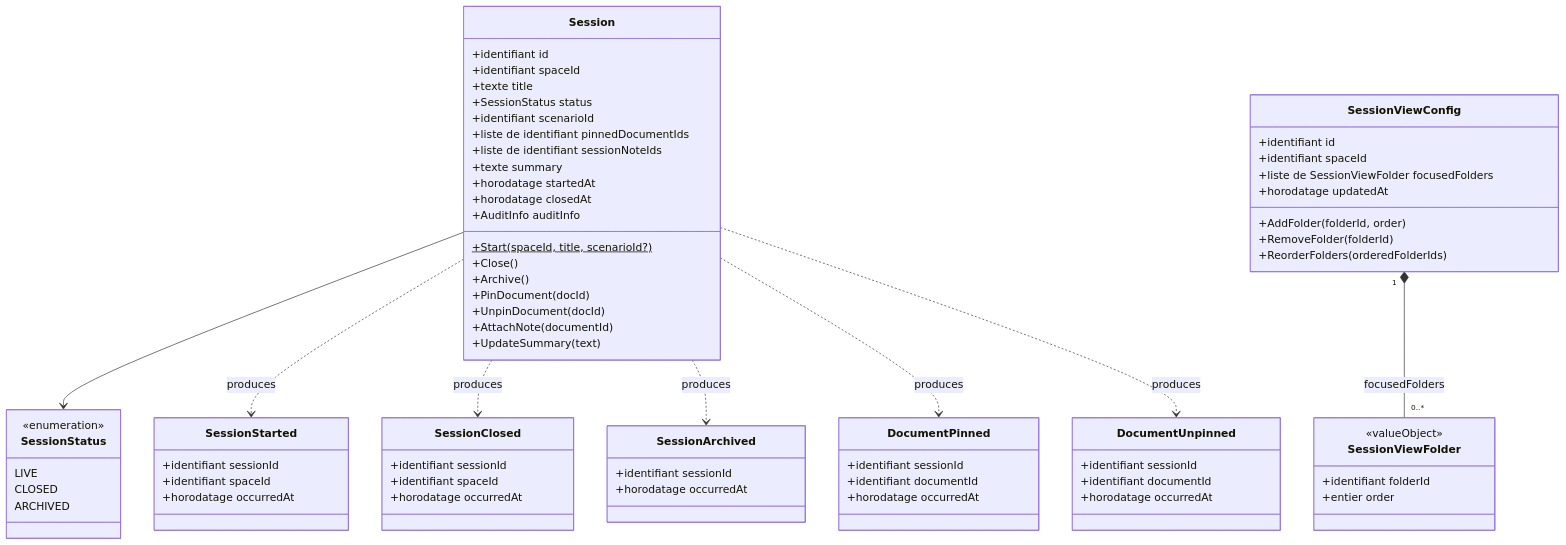
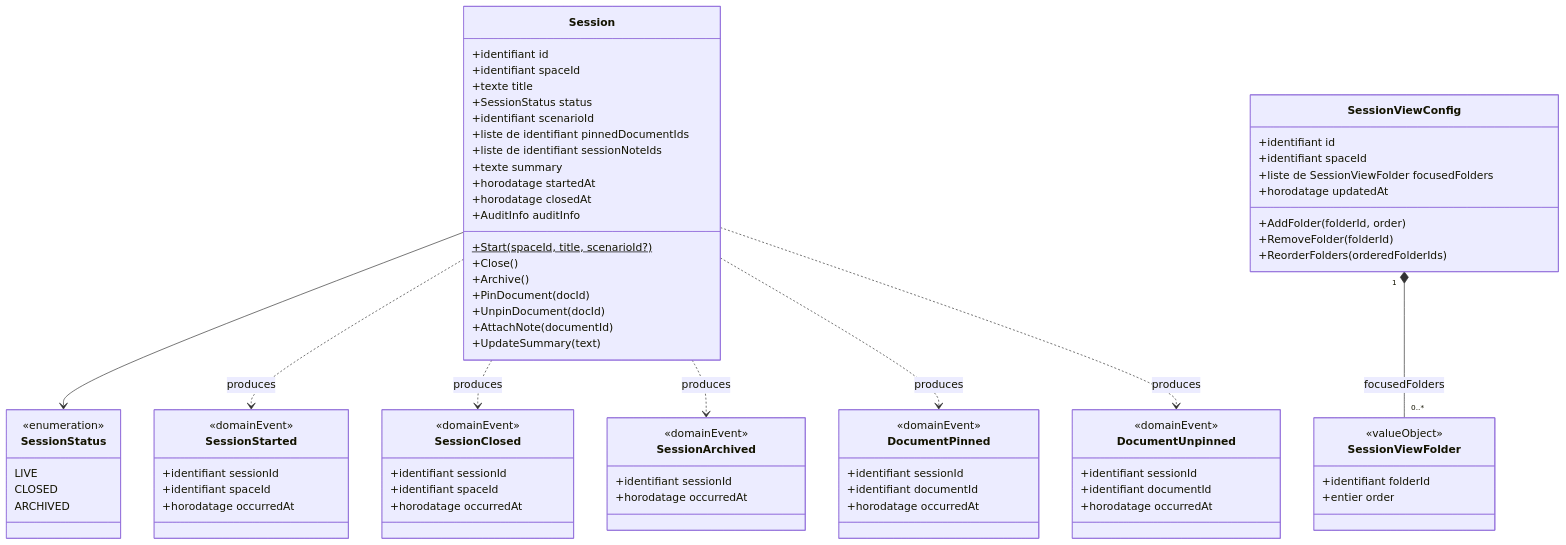
One commit to 2025-10-CDA-ECO-P6/PM-micro-saas changed the diagram in docs/domaine/session-conduct/classes.md. Above: the diagram before and after it, drawn with Mermaid. The commit also changed other lines of this file and 26 other files, not shown here.

```diff
--- a/docs/domaine/session-conduct/classes.md
+++ b/docs/domaine/session-conduct/classes.md
@@ -47,29 +49,34 @@
     }
 
     class SessionStarted {
+        <<domainEvent>>
         +identifiant sessionId
         +identifiant spaceId
         +horodatage occurredAt
     }
 
     class SessionClosed {
+        <<domainEvent>>
         +identifiant sessionId
         +identifiant spaceId
         +horodatage occurredAt
     }
 
     class SessionArchived {
+        <<domainEvent>>
         +identifiant sessionId
         +horodatage occurredAt
     }
 
     class DocumentPinned {
+        <<domainEvent>>
         +identifiant sessionId
         +identifiant documentId
         +horodatage occurredAt
     }
 
     class DocumentUnpinned {
+        <<domainEvent>>
         +identifiant sessionId
         +identifiant documentId
         +horodatage occurredAt
```
